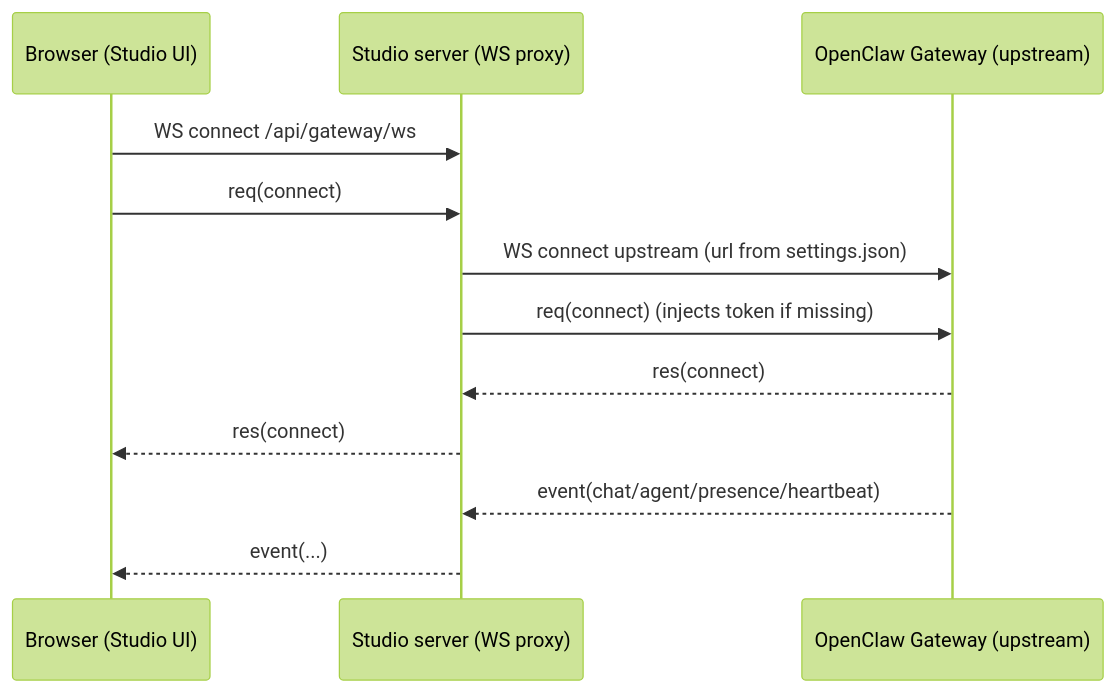
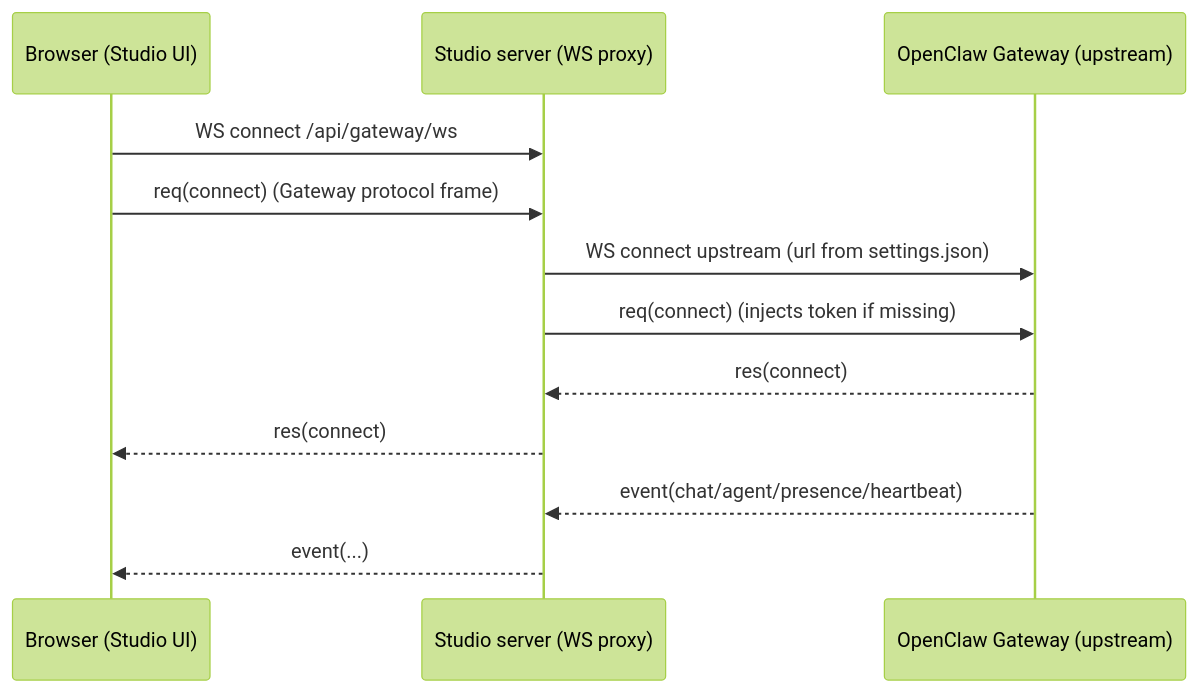
One commit to MichelCaini/openclaw-studio changed the diagram in docs/pi-chat-streaming.md. Above: the diagram before and after it, drawn with Mermaid (forest theme). The commit also changed other lines of this file, not shown here.

Commit message:
Document PI agent and gateway flow

````diff
--- a/docs/pi-chat-streaming.md
+++ b/docs/pi-chat-streaming.md
@@ -33,15 +46,15 @@
 ```mermaid
 sequenceDiagram
   participant B as Browser (Studio UI)
   participant S as Studio server (WS proxy)
   participant G as OpenClaw Gateway (upstream)
 
   B->>S: WS connect /api/gateway/ws
-  B->>S: req(connect)
+  B->>S: req(connect) (Gateway protocol frame)
   S->>G: WS connect upstream (url from settings.json)
   S->>G: req(connect) (injects token if missing)
   G-->>S: res(connect)
   S-->>B: res(connect)
   G-->>S: event(chat/agent/presence/heartbeat)
   S-->>B: event(...)
 ```
````
